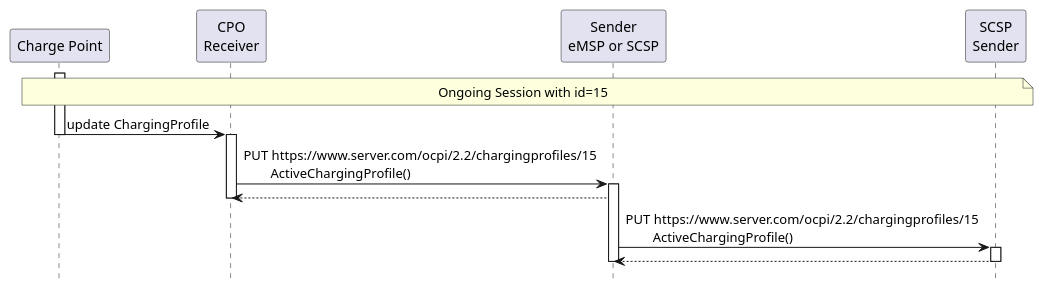
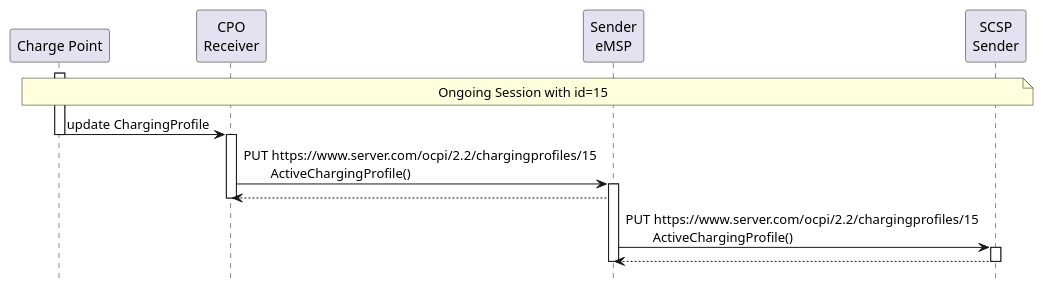
Before and after one commit to ocpi/ocpi: the diagram in plantuml/sd_charging_profile_updated_via_msp.plantuml, drawn with PlantUML. The commit also changed 1 other file, not shown here.

Commit message:
Make changes in plant UML and fix some typos

```diff
--- a/plantuml/sd_charging_profile_updated_via_msp.plantuml
+++ b/plantuml/sd_charging_profile_updated_via_msp.plantuml
@@ -1,25 +1,25 @@
 @startuml
 hide footbox
 
 participant "Charge Point" as CP
 participant "CPO\nReceiver" as CPO
-participant "Sender\neMSP or SCSP" as eMSP
+participant "Sender\neMSP" as eMSP
 participant "SCSP\nSender" as SCSP
 
 NOTE over SCSP, CP: Ongoing Session with id=15
 
 activate CP
 CP   ->  CPO:  update ChargingProfile
 deactivate CP
 activate CPO
 CPO  ->  eMSP: PUT https://www.server.com/ocpi/2.2/chargingprofiles/15\n        ActiveChargingProfile()
 activate eMSP
 eMSP --> CPO
 deactivate CPO
 eMSP  ->  SCSP: PUT https://www.server.com/ocpi/2.2/chargingprofiles/15\n        ActiveChargingProfile()
 activate SCSP
 SCSP --> eMSP
 deactivate eMSP
 deactivate SCSP
 
 @enduml
```
